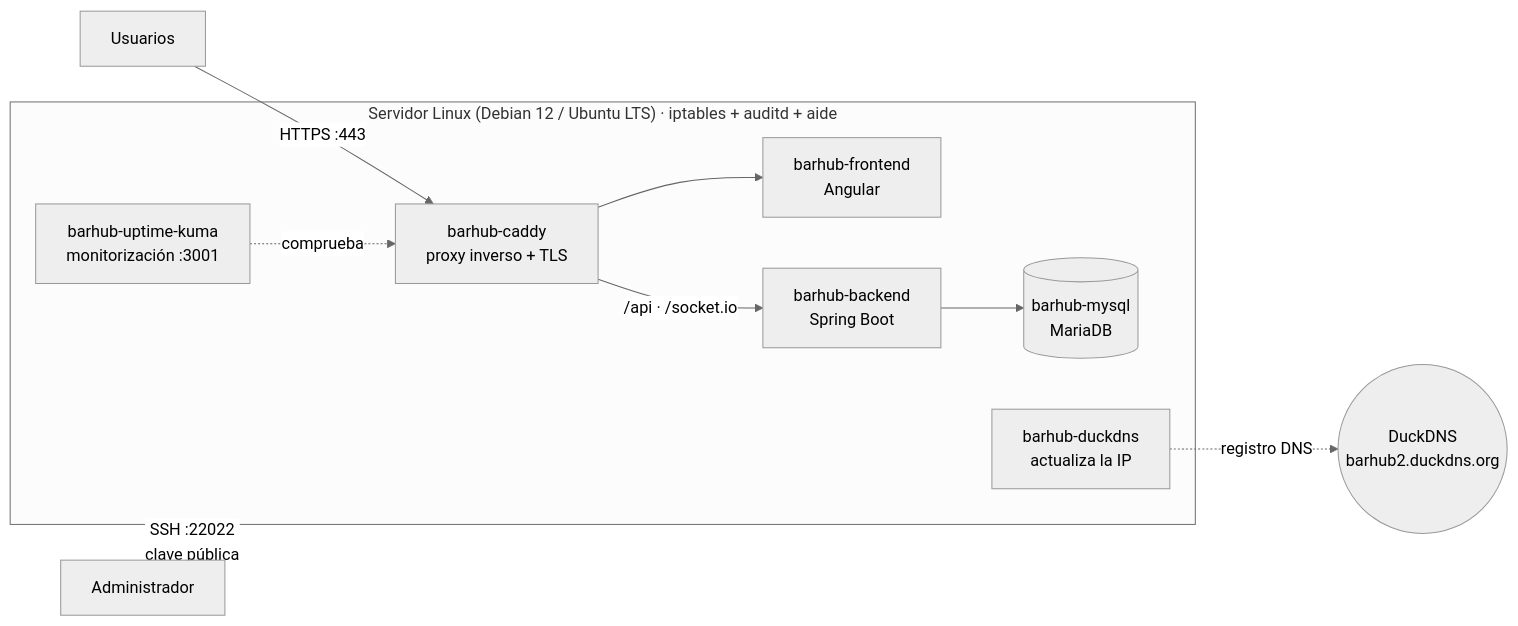
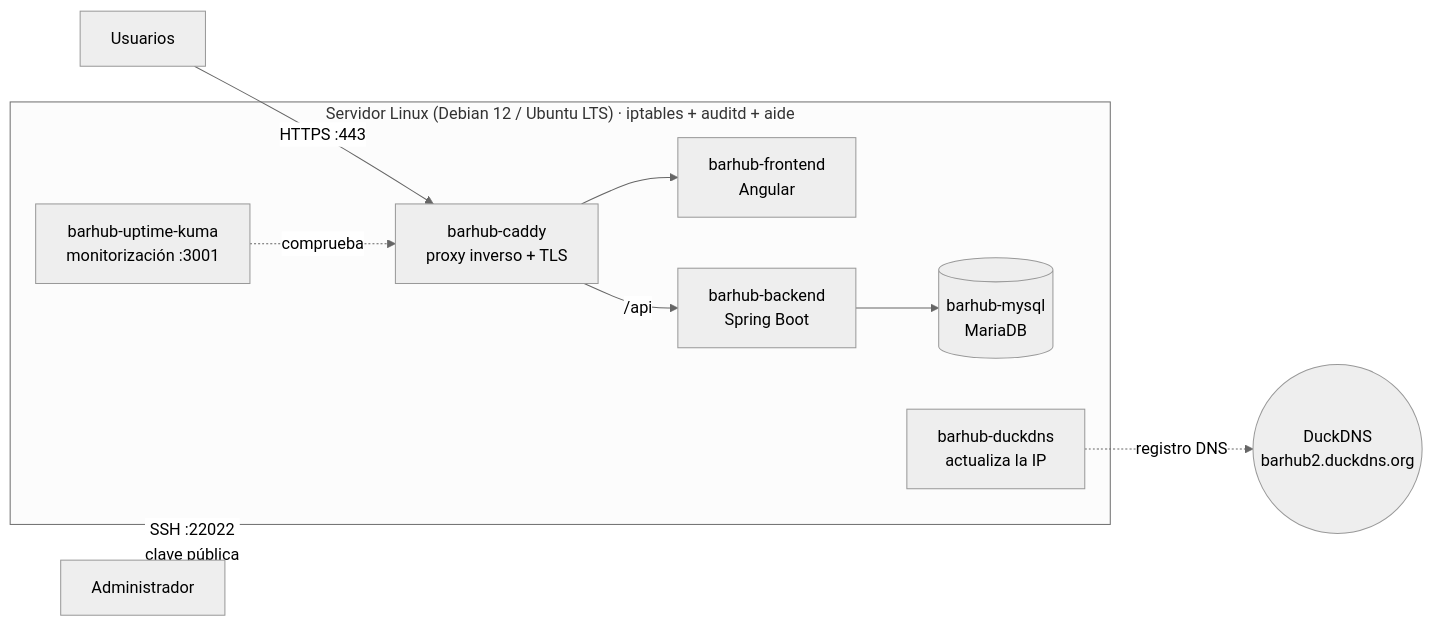
One commit to juanparejog/BarHub2.0 changed the first of 4 diagrams in docs/infraestructura.md. Above: the diagram before and after it, drawn with Mermaid (neutral theme). The commit also changed other lines of this file and 13 other files, not shown here.

````diff
--- a/docs/infraestructura.md
+++ b/docs/infraestructura.md
@@ -25,21 +25,21 @@
 ```mermaid
 flowchart LR
     ADM["Administrador"] -- "SSH :22022<br/>clave pública" --> HOST
     USR["Usuarios"] -- "HTTPS :443" --> CADDY
 
     subgraph HOST["Servidor Linux (Debian 12 / Ubuntu LTS) · iptables + auditd + aide"]
         CADDY["barhub-caddy<br/>proxy inverso + TLS"]
         FE["barhub-frontend<br/>Angular"]
         BE["barhub-backend<br/>Spring Boot"]
         DB[("barhub-mysql<br/>MariaDB")]
         DDNS["barhub-duckdns<br/>actualiza la IP"]
         UK["barhub-uptime-kuma<br/>monitorización :3001"]
 
         CADDY --> FE
-        CADDY -- "/api · /socket.io" --> BE
+        CADDY -- "/api" --> BE
         BE --> DB
     end
 
     DDNS -. "registro DNS" .-> DNS(("DuckDNS<br/>barhub2.duckdns.org"))
     UK -. "comprueba" .-> CADDY
 ```
````
